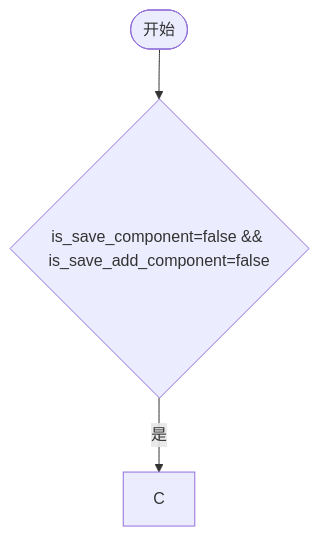
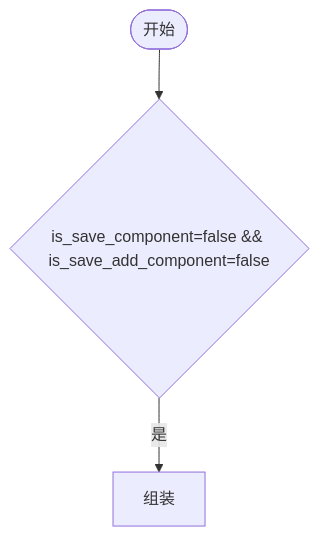
One commit to yingjianzh/iodraw-files changed the diagram in all/未命名-7.md. Above: the diagram before and after it, drawn with Mermaid.

Commit message:
2024-10-12 13:49:36 update

````diff
--- a/all/未命名-7.md
+++ b/all/未命名-7.md
@@ -1,7 +1,7 @@
 ```mermaid
 flowchart TD
     A([开始]) --> B{is_save_component=false && is_save_add_component=false}
-    B -- 是 --> C
+    B -- 是 --> C[组装]
     
 
 ```
````
